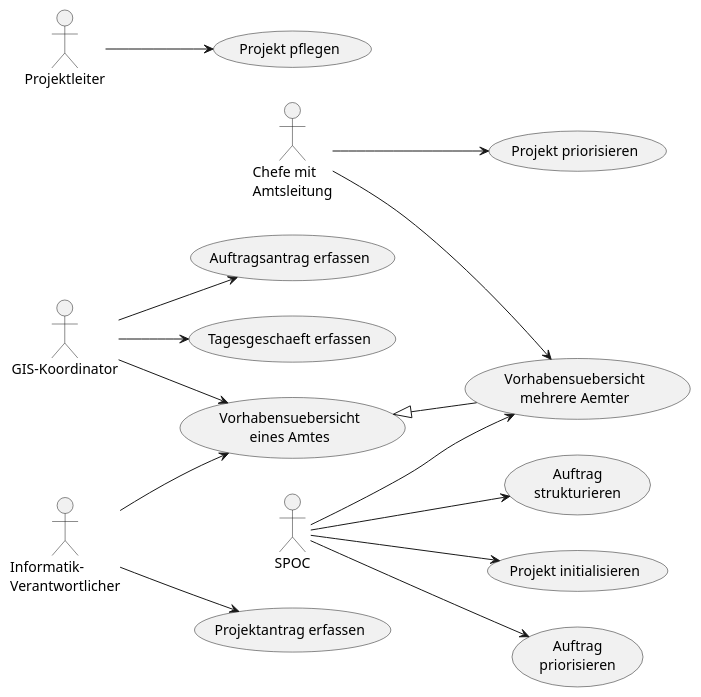
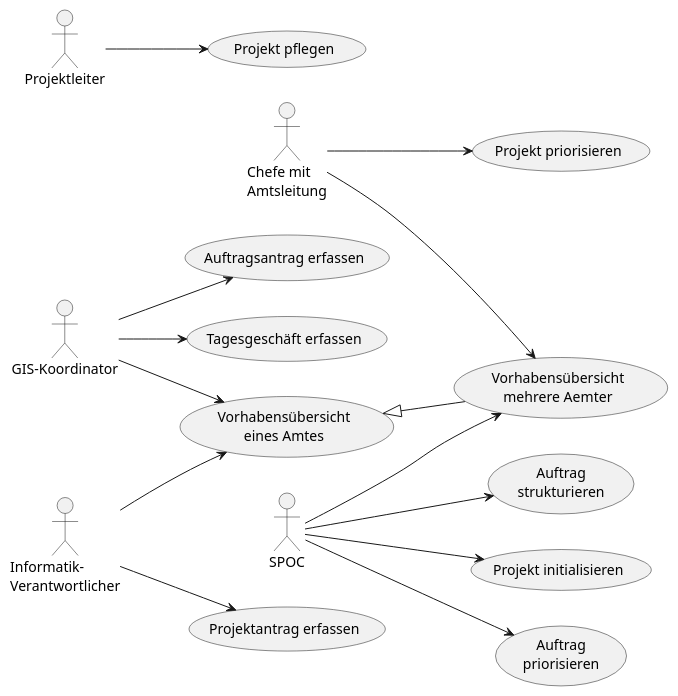
The diagram in puml/src/uc_projekt.puml (ojeker/docktick), drawn with PlantUML before and after one commit. The commit also changed 18 other files, not shown here.

Commit message:
Diagramme mit Umlauten versehen

```diff
--- a/puml/src/uc_projekt.puml
+++ b/puml/src/uc_projekt.puml
@@ -1,40 +1,40 @@
 @startuml
 left to right direction
 
 :Chefe mit\nAmtsleitung: as chef
 :SPOC: as spoc
 :GIS-Koordinator: as koord
 :Informatik-\nVerantwortlicher: as iv
 :Projektleiter: as pl
 
-(Vorhabensuebersicht\neines Amtes) as (amt)
-(Vorhabensuebersicht\nmehrere Aemter) as (mamt)
+(Vorhabensübersicht\neines Amtes) as (amt)
+(Vorhabensübersicht\nmehrere Aemter) as (mamt)
 amt <|-- mamt
 
 (Projekt priorisieren) as pprio
 (Projekt initialisieren) as init
 
 (Auftrag\npriorisieren) as aprio
 (Auftrag\nstrukturieren) as struct
 
 (Projektantrag erfassen) as gopro
 (Auftragsantrag erfassen) as goauf
-(Tagesgeschaeft erfassen) as gotick
+(Tagesgeschäft erfassen) as gotick
 (Projekt pflegen) as pmp
 
 chef --> pprio
 chef --> mamt
 
 spoc --> mamt
 spoc --> aprio
 spoc --> struct
 spoc --> init
 koord --> amt
 koord --> goauf
 koord --> gotick
 iv --> amt
 
 iv --> gopro
 
 pl --> pmp
 @enduml
```
